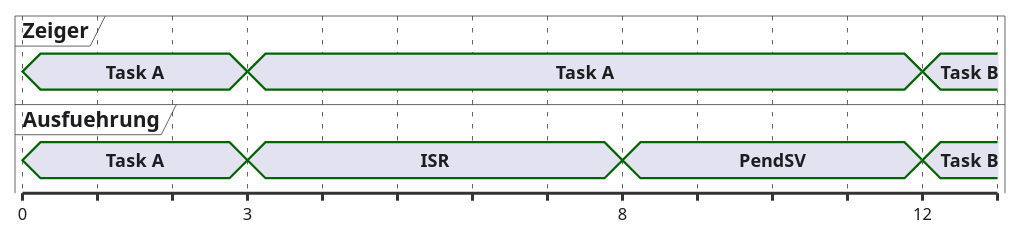
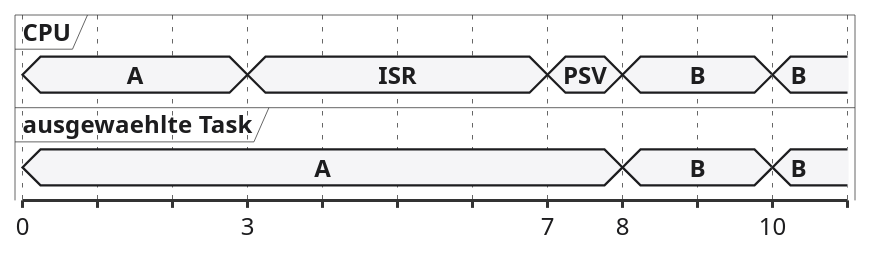
One commit to dantschi/echtzeitsysteme changed the sixth of 6 diagrams in vorlesungen/07_tracing-timing-analyse.qmd. Above: the diagram before and after it, drawn with PlantUML. The commit also changed other lines of this file and 5 other files, not shown here.

````diff
--- a/vorlesungen/07_tracing-timing-analyse.qmd
+++ b/vorlesungen/07_tracing-timing-analyse.qmd
@@ -761,27 +668,43 @@
 ```{.plantuml}
 @startuml
 skinparam backgroundColor transparent
 skinparam defaultFontName "Inter, sans-serif"
+skinparam defaultFontSize 16
 skinparam defaultFontColor #1D1D1F
 skinparam ArrowColor #86868B
+skinparam NoteBackgroundColor #F5F5F7
+skinparam NoteBorderColor #E5E5EA
 skinparam timing {
   BackgroundColor #FFFFFF
   BorderColor #E5E5EA
   LineColor #1D1D1F
   SignalColor #E2001A
 }
-concise "Zeiger" as P
-concise "Ausfuehrung" as X
+<style>
+timingDiagram {
+  FontName sans-serif
+  concise {
+    FontName sans-serif
+    LineColor #1D1D1F
+    BackGroundColor #F5F5F7
+    FontColor #1D1D1F
+  }
+}
+</style>
+concise "CPU" as C
+concise "ausgewaehlte Task" as T
 @0
-P is "Task A"
-X is "Task A"
+C is "A"
+T is "A"
 @3
-P is "Task A"
-X is "ISR"
+C is "ISR"
+@7
+C is "PSV"
 @8
-X is "PendSV"
-@12
-P is "Task B"
-X is "Task B"
+C is "B"
+T is "B"
+@10
+C is "B"
+T is "B"
 @enduml
 ```
````
